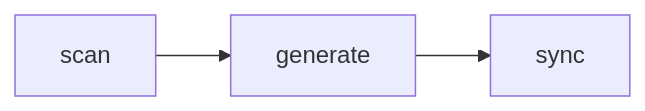
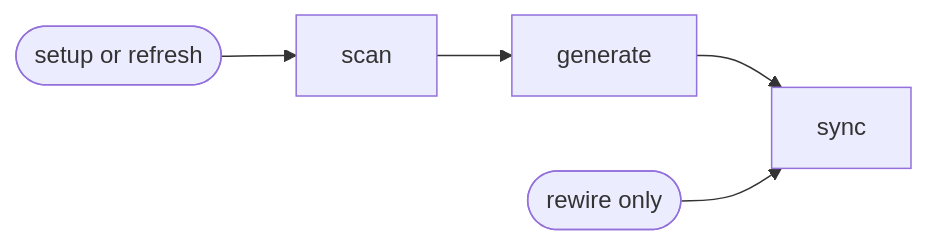
One commit to ai-driven-dev/framework changed the diagram in plugins/aidd-context/skills/02-project-memory/SKILL.md. Above: the diagram before and after it, drawn with Mermaid. The commit also changed other lines of this file and 12 other files, not shown here.

````diff
--- a/plugins/aidd-context/skills/02-project-memory/SKILL.md
+++ b/plugins/aidd-context/skills/02-project-memory/SKILL.md
@@ -9,4 +9,5 @@
 ```mermaid
 flowchart LR
-  scan --> generate --> sync
+  build([setup or refresh]) --> scan --> generate --> sync
+  rewire([rewire only]) --> sync
 ```
````
